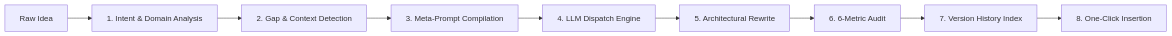
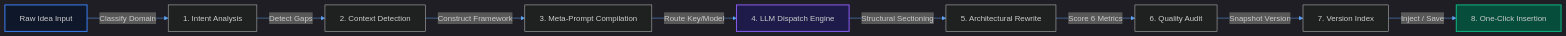
The diagram in README.md (OK45batwal/prompt-plus), drawn with Mermaid before and after one commit. The commit also changed other lines of this file, not shown here.

Commit message:
docs(readme): upgrade README.md to hyper-cool cyberpunk theme with dark mode feature cards, terminal window frame, and stylized Mermaid diagram

````diff
--- a/README.md
+++ b/README.md
@@ -163,11 +181,16 @@
 ```mermaid
+%%{init: {'theme': 'dark', 'themeVariables': { 'primaryColor': '#1e1b4b', 'primaryTextColor': '#ffffff', 'primaryBorderColor': '#6366f1', 'lineColor': '#60a5fa', 'secondaryColor': '#0f172a', 'tertiaryColor': '#090d16'}}}%%
 flowchart LR
-    A[Raw Idea] --> B[1. Intent & Domain Analysis]
-    B --> C[2. Gap & Context Detection]
-    C --> D[3. Meta-Prompt Compilation]
-    D --> E[4. LLM Dispatch Engine]
-    E --> F[5. Architectural Rewrite]
-    F --> G[6. 6-Metric Audit]
-    G --> H[7. Version History Index]
-    H --> I[8. One-Click Insertion]
+    A[Raw Idea Input] -->|Classify Domain| B[1. Intent Analysis]
+    B -->|Detect Gaps| C[2. Context Detection]
+    C -->|Construct Framework| D[3. Meta-Prompt Compilation]
+    D -->|Route Key/Model| E[4. LLM Dispatch Engine]
+    E -->|Structural Sectioning| F[5. Architectural Rewrite]
+    F -->|Score 6 Metrics| G[6. Quality Audit]
+    G -->|Snapshot Version| H[7. Version Index]
+    H -->|Inject / Save| I[8. One-Click Insertion]
+
+    style A fill:#0f172a,stroke:#3b82f6,stroke-width:2px
+    style E fill:#1e1b4b,stroke:#8b5cf6,stroke-width:2px
+    style I fill:#064e3b,stroke:#10b981,stroke-width:2px
 ```
````
